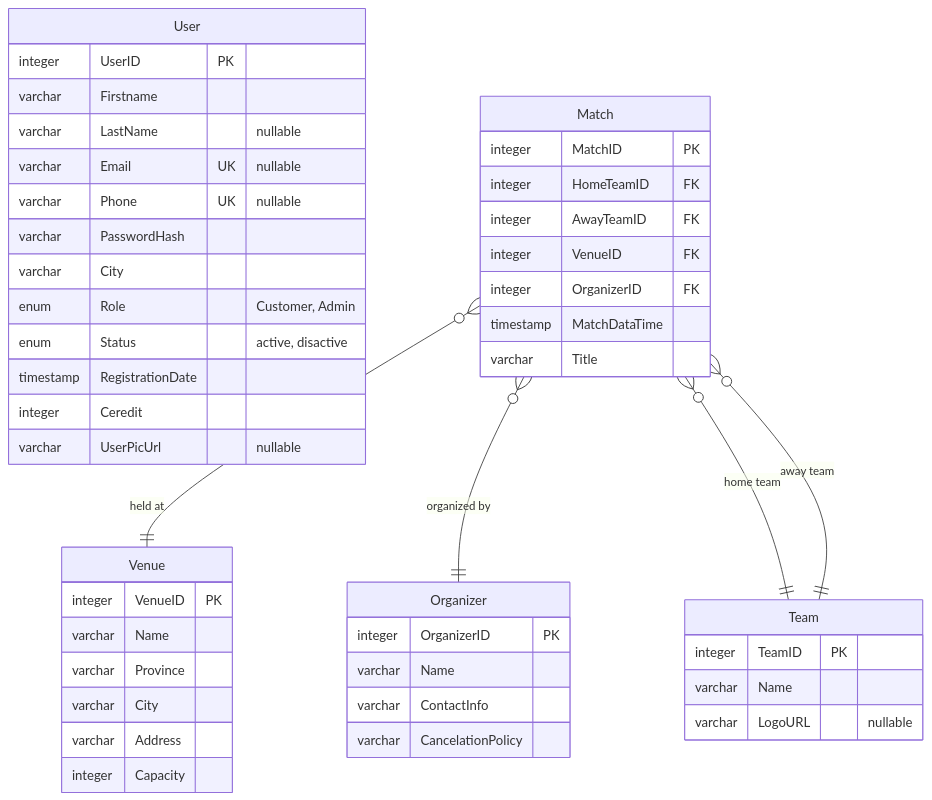
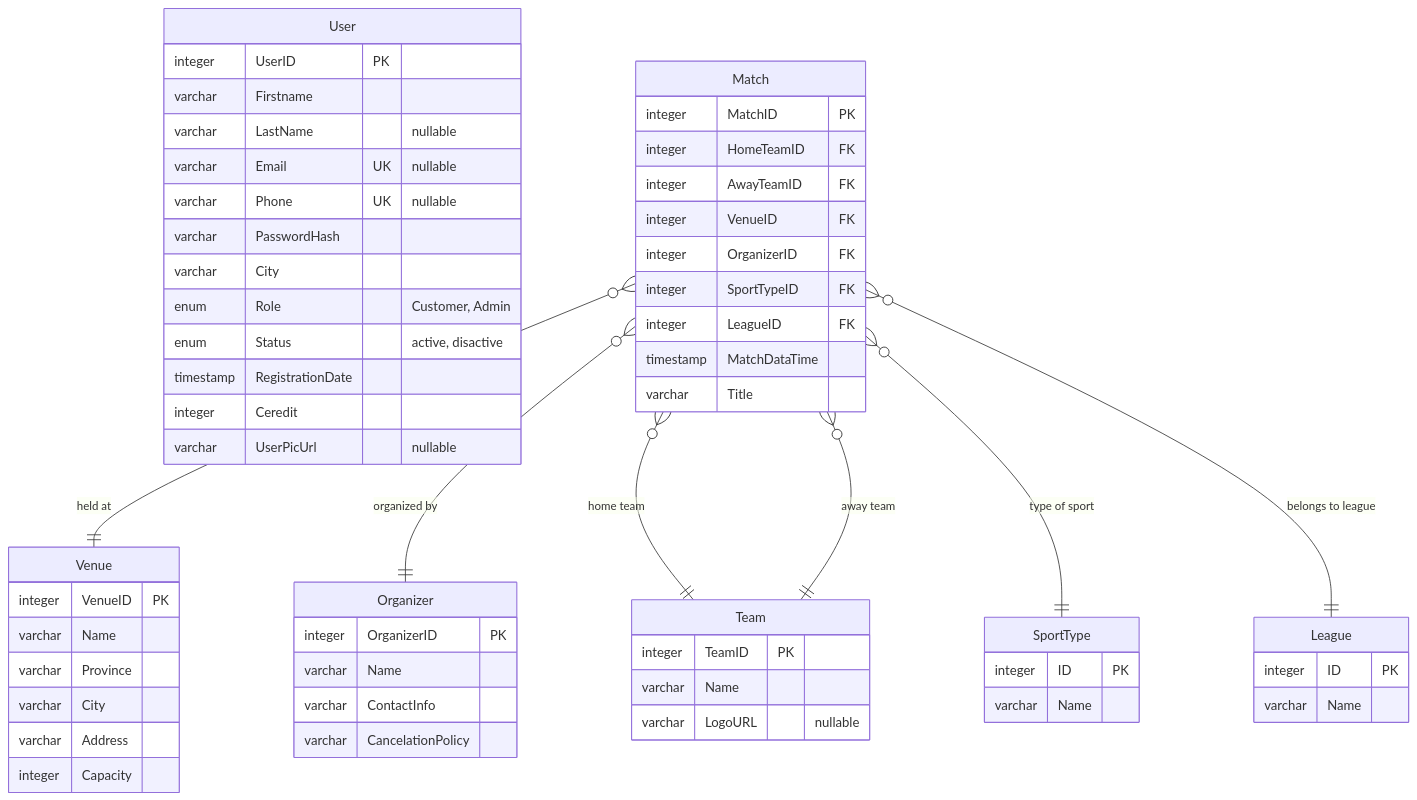
One commit to smhhd/BookTheGame changed the diagram in sql.mmd. Above: the diagram before and after it, drawn with Mermaid.

Commit message:
Adding the SportType and League tables along with their relationships

```diff
--- a/sql.mmd
+++ b/sql.mmd
@@ -1,49 +1,61 @@
 erDiagram
     User {
         integer UserID PK
         varchar Firstname
         varchar LastName "nullable"
         varchar Email UK "nullable"
         varchar Phone UK "nullable"
         varchar PasswordHash
         varchar City
         enum Role "Customer, Admin"
         enum Status "active, disactive"
         timestamp RegistrationDate
         integer Ceredit
         varchar UserPicUrl "nullable"
     }
     Match {
         integer MatchID PK
         integer HomeTeamID FK
         integer AwayTeamID FK
         integer VenueID FK
         integer OrganizerID FK
+        integer SportTypeID FK
+        integer LeagueID FK
         timestamp MatchDataTime
         varchar Title
     }
     Venue {
         integer VenueID PK
         varchar Name
         varchar Province
         varchar City
         varchar Address
         integer Capacity
     }
     Organizer {
         integer OrganizerID PK
         varchar Name
         varchar ContactInfo
         varchar CancelationPolicy
     }
     Team {
         integer TeamID PK
         varchar Name
         varchar LogoURL "nullable"
     }
+    SportType {
+        integer ID PK
+        varchar Name
+    }
+    League {
+        integer ID PK
+        varchar Name
+    }
 
     %% Relationships
     Match }o--|| Venue : "held at"
     Match }o--|| Organizer : "organized by"
     Match }o--|| Team : "home team"
     Match }o--|| Team : "away team"
+    Match }o--|| SportType : "type of sport"
+    Match }o--|| League : "belongs to league"
```
